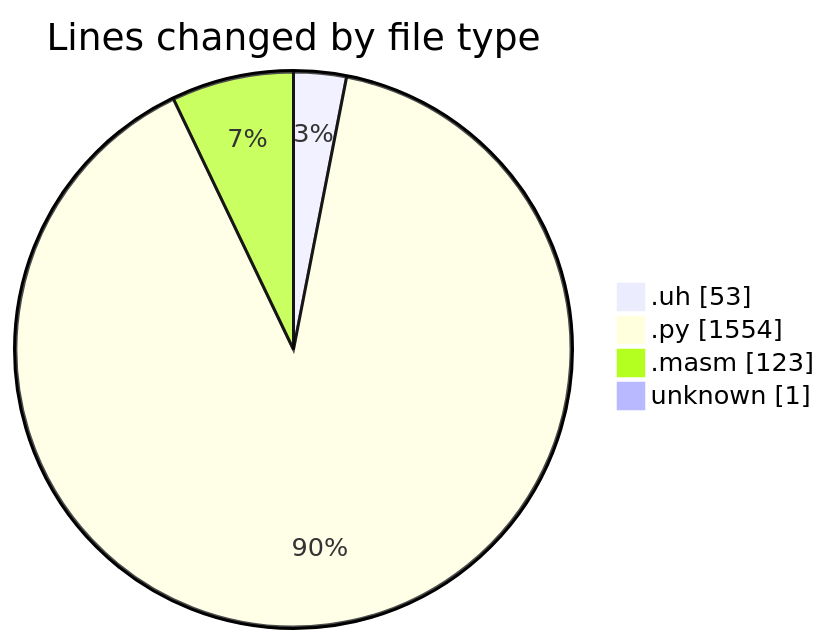
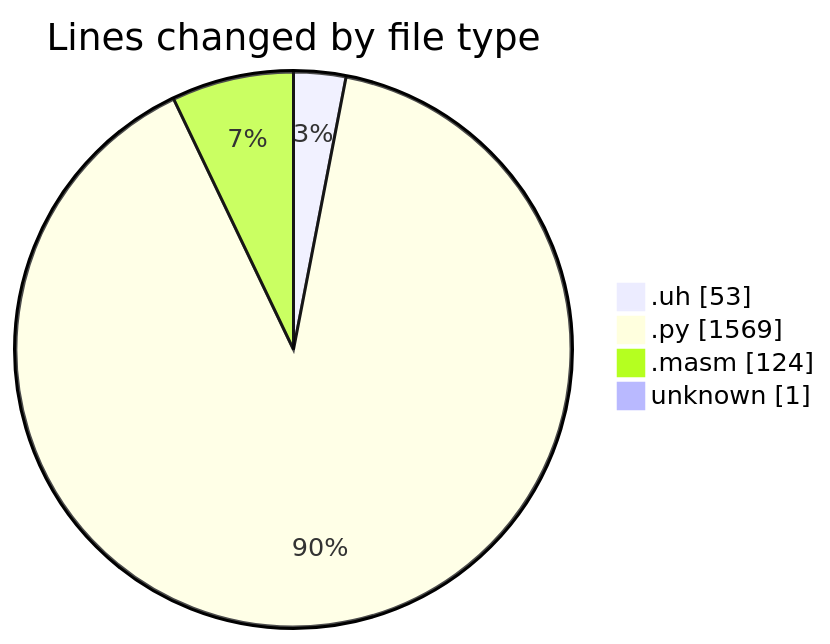
Before and after one commit to charlie-sans/code-tracking: the first of 2 diagrams in 2025-04-29/uhigh-lang/README.md, drawn with Mermaid. The commit also changed other lines of this file and 1 other file, not shown here.

````diff
--- a/2025-04-29/uhigh-lang/README.md
+++ b/2025-04-29/uhigh-lang/README.md
@@ -26,8 +26,8 @@
 ```mermaid
 pie showData
 title Lines changed by file type
 ".uh" : 53
-".py" : 1554
-".masm" : 123
+".py" : 1569
+".masm" : 124
 "unknown" : 1
 ```
````
